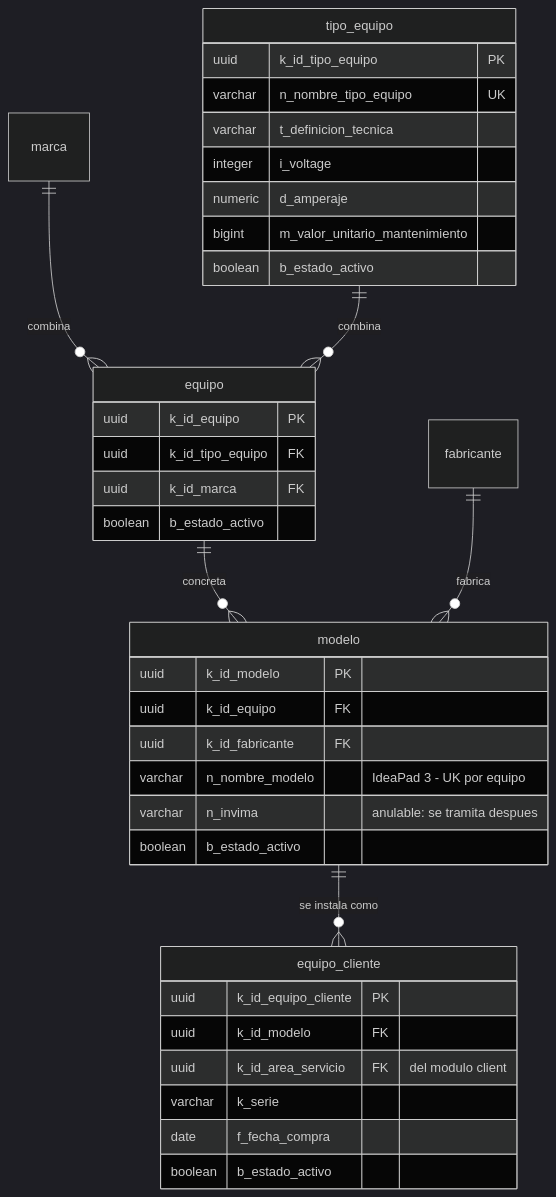
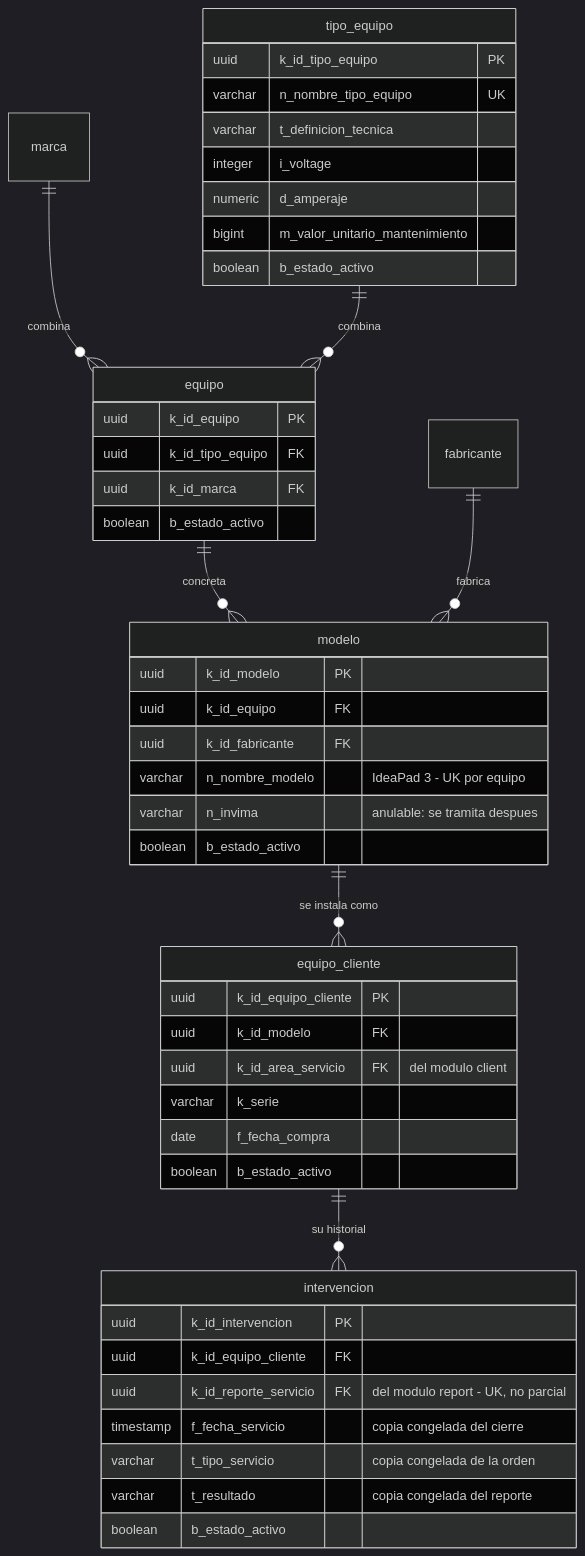
The fifth of 8 diagrams in SecondBrain/wiki/base-de-datos/esquema-bd-malphasos.md (SeanBol222/MalphasOs), drawn with Mermaid (dark theme) before and after one commit. The commit also changed other lines of this file and 9 other files, not shown here.

````diff
--- a/SecondBrain/wiki/base-de-datos/esquema-bd-malphasos.md
+++ b/SecondBrain/wiki/base-de-datos/esquema-bd-malphasos.md
@@ -244,39 +259,49 @@
 ```mermaid
 erDiagram
     marca ||--o{ equipo : "combina"
     tipo_equipo ||--o{ equipo : "combina"
     equipo ||--o{ modelo : "concreta"
     fabricante ||--o{ modelo : "fabrica"
     modelo ||--o{ equipo_cliente : "se instala como"
+    equipo_cliente ||--o{ intervencion : "su historial"
     tipo_equipo {
         uuid k_id_tipo_equipo PK
         varchar n_nombre_tipo_equipo UK
         varchar t_definicion_tecnica
         integer i_voltage
         numeric d_amperaje
         bigint m_valor_unitario_mantenimiento
         boolean b_estado_activo
     }
     equipo {
         uuid k_id_equipo PK
         uuid k_id_tipo_equipo FK
         uuid k_id_marca FK
         boolean b_estado_activo
     }
     modelo {
         uuid k_id_modelo PK
         uuid k_id_equipo FK
         uuid k_id_fabricante FK
         varchar n_nombre_modelo "IdeaPad 3 - UK por equipo"
         varchar n_invima "anulable: se tramita despues"
         boolean b_estado_activo
     }
     equipo_cliente {
         uuid k_id_equipo_cliente PK
         uuid k_id_modelo FK
         uuid k_id_area_servicio FK "del modulo client"
         varchar k_serie
         date f_fecha_compra
         boolean b_estado_activo
     }
+    intervencion {
+        uuid k_id_intervencion PK
+        uuid k_id_equipo_cliente FK
+        uuid k_id_reporte_servicio FK "del modulo report - UK, no parcial"
+        timestamp f_fecha_servicio "copia congelada del cierre"
+        varchar t_tipo_servicio "copia congelada de la orden"
+        varchar t_resultado "copia congelada del reporte"
+        boolean b_estado_activo
+    }
 ```
````
